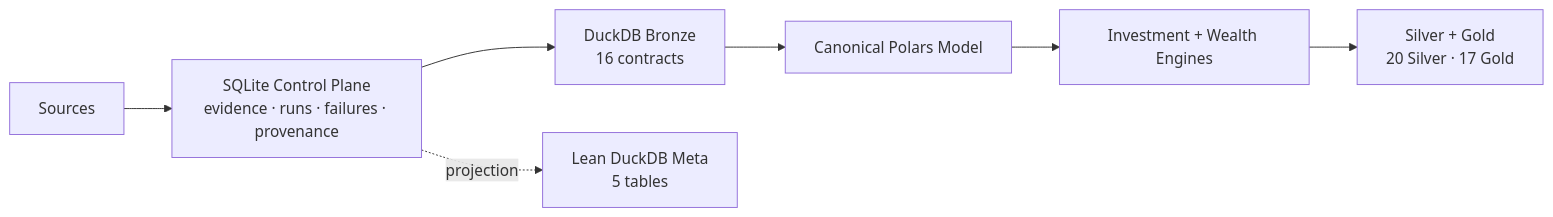
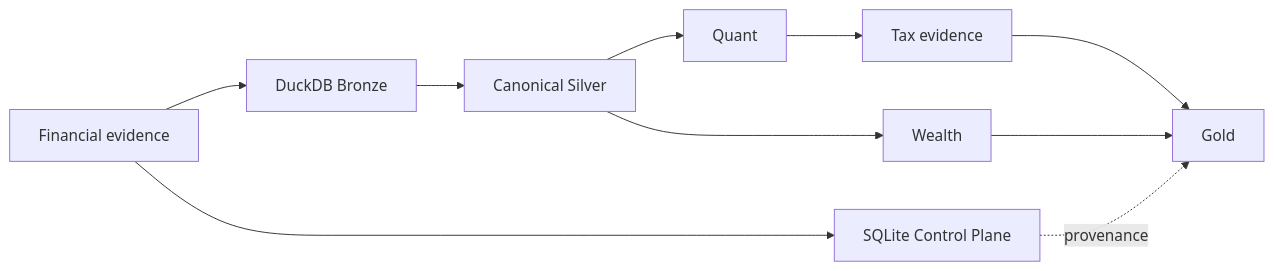
Before and after one commit to tks18/personal-finance-etl: the diagram in docs/architecture/README.md, drawn with Mermaid. The commit also changed other lines of this file, not shown here.

Commit message:
docs: update docs/architecture/readme

````diff
--- a/docs/architecture/README.md
+++ b/docs/architecture/README.md
@@ -7,9 +19,12 @@
 ```mermaid
 flowchart LR
-    SRC["Sources"] --> CP["SQLite Control Plane<br/>evidence · runs · failures · provenance"]
-    CP --> BR["DuckDB Bronze<br/>16 contracts"]
-    BR --> CAN["Canonical Polars Model"]
-    CAN --> ENG["Investment + Wealth Engines"]
-    ENG --> SG["Silver + Gold<br/>20 Silver · 17 Gold"]
-    CP -. projection .-> META["Lean DuckDB Meta<br/>5 tables"]
+  SRC[Financial evidence] --> CP[SQLite Control Plane]
+  SRC --> B[DuckDB Bronze]
+  B --> S[Canonical Silver]
+  S --> Q[Quant]
+  Q --> T[Tax evidence]
+  S --> W[Wealth]
+  T --> G[Gold]
+  W --> G
+  CP -. provenance .-> G
 ```
````
